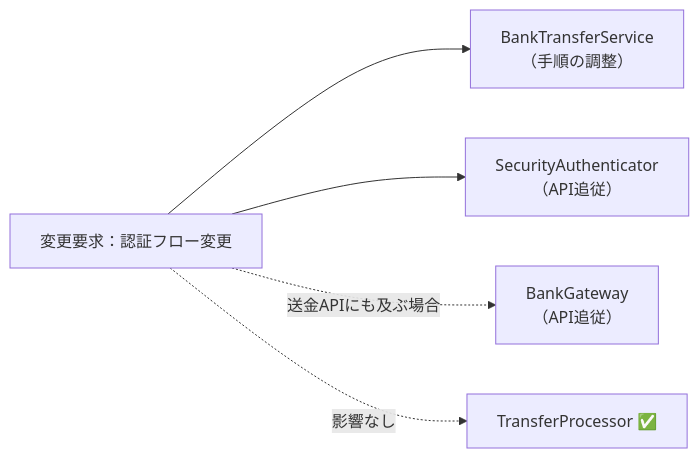
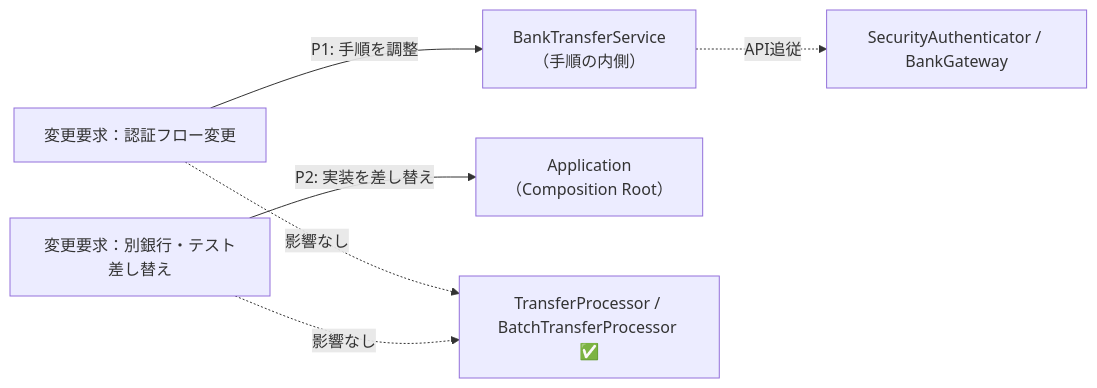
The ninth of 11 diagrams in kindle/design-patterns/output/chapter02.md (kumachan1101-pixel/DesignPattern), drawn with Mermaid before and after one commit. The commit also changed other lines of this file and 1 other file, not shown here.

````diff
--- a/kindle/design-patterns/output/chapter02.md
+++ b/kindle/design-patterns/output/chapter02.md
@@ -1834,8 +1909,10 @@
 ```mermaid
 graph LR
     T1["変更要求：認証フロー変更"]
-        --> F1["BankTransferService<br>（手順の調整）"]
-    T1 --> S1["SecurityAuthenticator<br>（API追従）"]
-    T1 -. "送金APIにも及ぶ場合" .-> S2["BankGateway<br>（API追従）"]
-    T1 -. "影響なし" .-> A["TransferProcessor ✅"]
+        -->|"P1: 手順を調整"| F1["BankTransferService<br>（手順の内側）"]
+    F1 -.->|"API追従"| S1["SecurityAuthenticator / BankGateway"]
+    T2["変更要求：別銀行・テスト差し替え"]
+        -->|"P2: 実装を差し替え"| F2["Application<br>（Composition Root）"]
+    T1 -.->|"影響なし"| A["TransferProcessor / BatchTransferProcessor ✅"]
+    T2 -.->|"影響なし"| A
 ```
````
